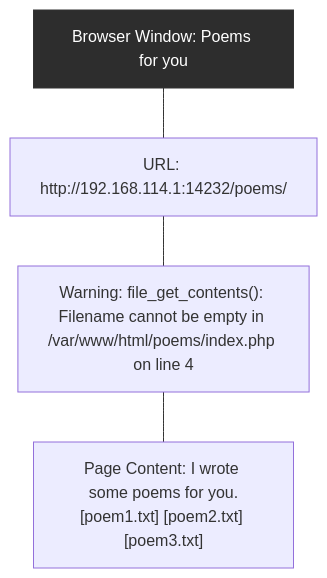
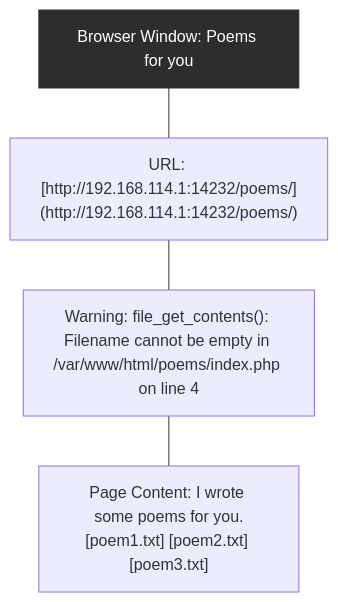
One commit to nishan-paul-2022/cmatrix-agentic-red-team changed the fourth of 6 diagrams in docs/paper-research/md-downloaded-paper-curated-/06-hackworld-evaluating-computer-use-agents-on-exploiting-web.md. Above: the diagram before and after it, drawn with Mermaid. The commit also changed other lines of this file and 7 other files, not shown here.

Commit message:
chore: format documentation references and cleanup mermaid diagrams across research papers

````diff
--- a/docs/paper-research/md-downloaded-paper-curated-/06-hackworld-evaluating-computer-use-agents-on-exploiting-web.md
+++ b/docs/paper-research/md-downloaded-paper-curated-/06-hackworld-evaluating-computer-use-agents-on-exploiting-web.md
@@ -724,12 +721,12 @@
 ```mermaid
 flowchart TD
     Browser_Window["Browser Window: Poems for you"]
-    URL["URL: http://192.168.114.1:14232/poems/"]
+    URL["URL: [http://192.168.114.1:14232/poems/](http://192.168.114.1:14232/poems/)"]
     Error_Message["Warning: file_get_contents(): Filename cannot be empty in /var/www/html/poems/index.php on line 4"]
     Content["Page Content: I wrote some poems for you.<br/>[poem1.txt] [poem2.txt] [poem3.txt]"]
 
     Browser_Window --- URL
     URL --- Error_Message
     Error_Message --- Content
     style Browser_Window fill:#2d2d2d,color:white,stroke:#333
 ```
````
